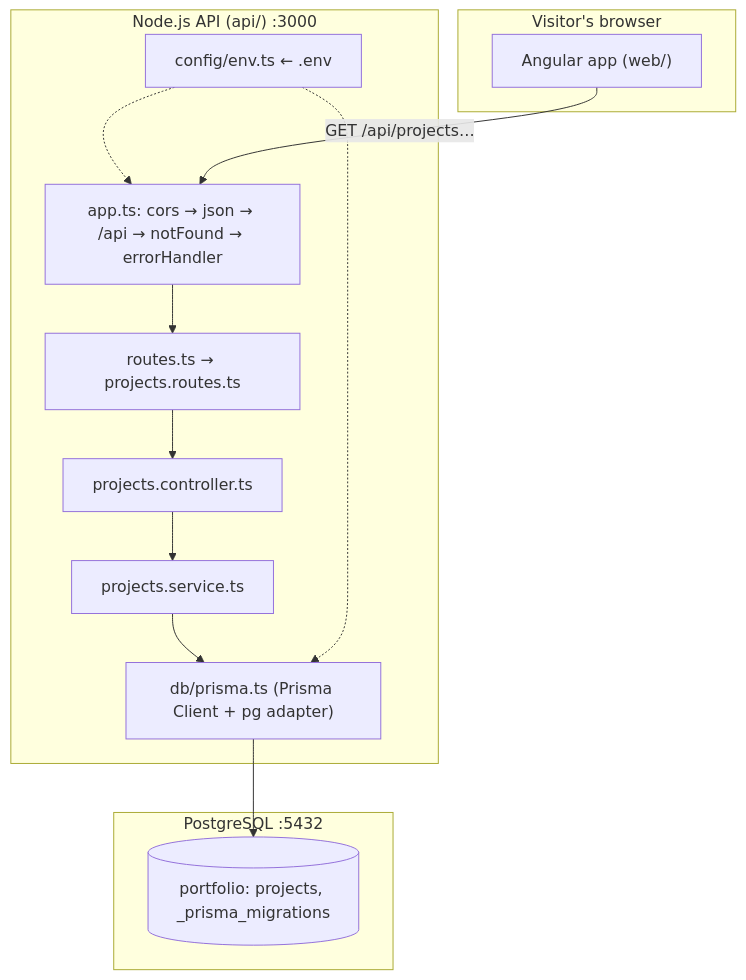
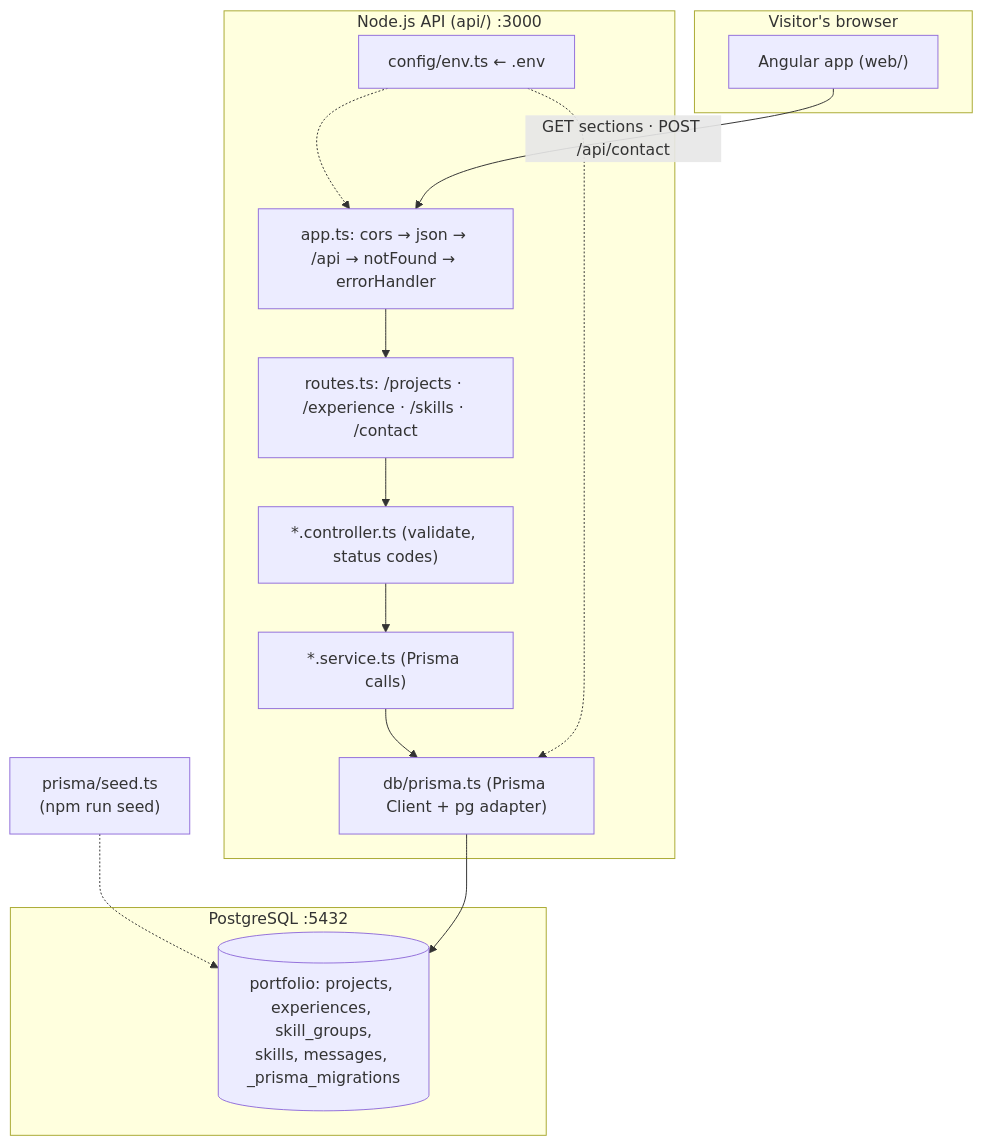
The diagram in docs/diagrams/system-architecture.md (mdevaangini/portfolio), drawn with Mermaid before and after one commit. The commit also changed other lines of this file and 32 other files, not shown here.

````diff
--- a/docs/diagrams/system-architecture.md
+++ b/docs/diagrams/system-architecture.md
@@ -5,22 +5,23 @@
 ```mermaid
 flowchart TB
     subgraph Browser["Visitor's browser"]
         NG["Angular app (web/)"]
     end
     subgraph API["Node.js API (api/) :3000"]
         APP["app.ts: cors → json → /api → notFound → errorHandler"]
-        R["routes.ts → projects.routes.ts"]
-        CTL["projects.controller.ts"]
-        SVC["projects.service.ts"]
+        R["routes.ts: /projects · /experience · /skills · /contact"]
+        CTL["*.controller.ts (validate, status codes)"]
+        SVC["*.service.ts (Prisma calls)"]
         PRC["db/prisma.ts (Prisma Client + pg adapter)"]
         ENV["config/env.ts ← .env"]
         APP --> R --> CTL --> SVC --> PRC
         ENV -.-> APP
         ENV -.-> PRC
     end
     subgraph PG["PostgreSQL :5432"]
-        DB[("portfolio: projects, _prisma_migrations")]
+        DB[("portfolio: projects, experiences, skill_groups,<br/>skills, messages, _prisma_migrations")]
     end
-    NG -- "GET /api/projects…" --> APP
+    SEED["prisma/seed.ts<br/>(npm run seed)"] -.-> DB
+    NG -- "GET sections · POST /api/contact" --> APP
     PRC --> DB
 ```
````
